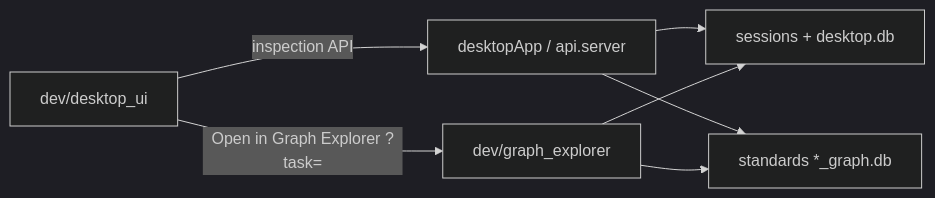
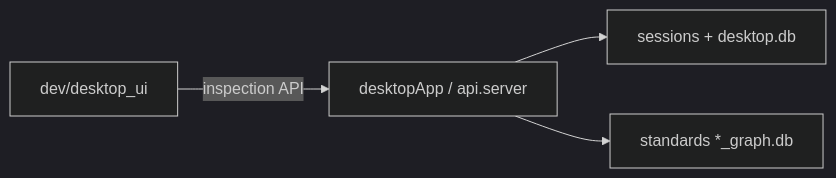
Before and after one commit to mo-em-vision/piping-assistant-ver03: the diagram in dev/README.md, drawn with Mermaid (dark theme). The commit also changed other lines of this file and 303 other files, not shown here.

First line of the commit message:
Implement graph-driven MAWP workflow and Flow Guidance presentation layer.

````diff
--- a/dev/README.md
+++ b/dev/README.md
@@ -30,15 +29,11 @@
 ```mermaid
 flowchart LR
   DesktopApp["desktopApp / api.server"]
   Sessions["sessions + desktop.db"]
   GraphDB["standards *_graph.db"]
   DesktopUI["dev/desktop_ui"]
-  GraphExplorer["dev/graph_explorer"]
 
   DesktopApp --> Sessions
   DesktopApp --> GraphDB
   DesktopUI -->|"inspection API"| DesktopApp
-  DesktopUI -->|"Open in Graph Explorer ?task="| GraphExplorer
-  GraphExplorer --> Sessions
-  GraphExplorer --> GraphDB
 ```
````
